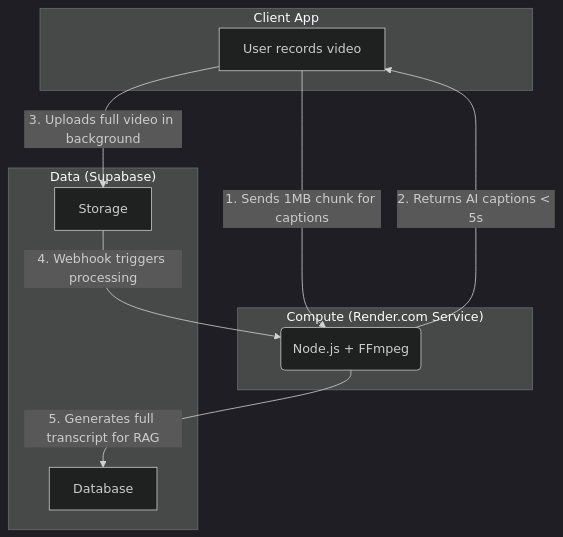
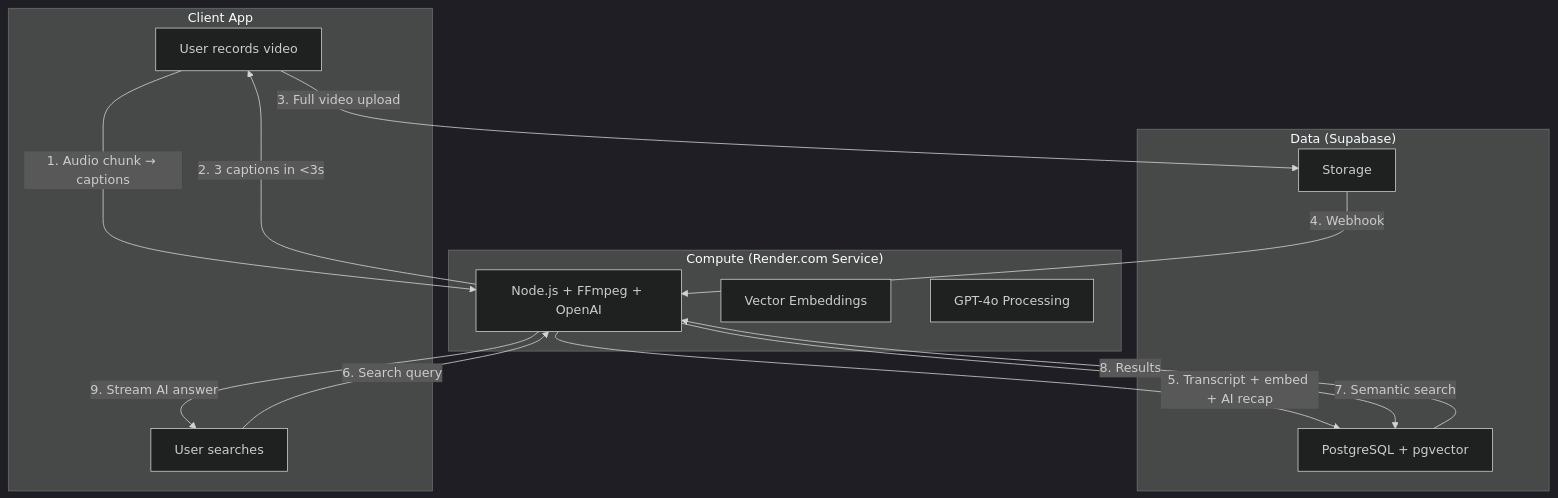
The diagram in README.md (baibhavbista/gai-wednesday-waffle), drawn with Mermaid (dark theme) before and after one commit. The commit also changed other lines of this file, not shown here.

````diff
--- a/README.md
+++ b/README.md
@@ -192,21 +239,28 @@
 ```mermaid
 graph TD
     subgraph "Client App"
         A[User records video]
+        B[User searches]
     end
 
     subgraph "Compute (Render.com Service)"
-        C(Node.js + FFmpeg)
+        C[Node.js + FFmpeg + OpenAI]
+        D[Vector Embeddings]
+        E[GPT-4o Processing]
     end
 
     subgraph "Data (Supabase)"
-        D[Storage]
-        E[Database]
+        F[Storage]
+        G[PostgreSQL + pgvector]
     end
 
-    A -- "1. Sends 1MB chunk for captions" --> C
-    C -- "2. Returns AI captions < 5s" --> A
-    A -- "3. Uploads full video in background" --> D
-    D -- "4. Webhook triggers processing" --> C
-    C -- "5. Generates full transcript for RAG" --> E
+    A -- "1. Audio chunk → captions" --> C
+    C -- "2. 3 captions in <3s" --> A
+    A -- "3. Full video upload" --> F
+    F -- "4. Webhook" --> C
+    C -- "5. Transcript + embed + AI recap" --> G
+    B -- "6. Search query" --> C
+    C -- "7. Semantic search" --> G
+    G -- "8. Results" --> C
+    C -- "9. Stream AI answer" --> B
 ```
````
